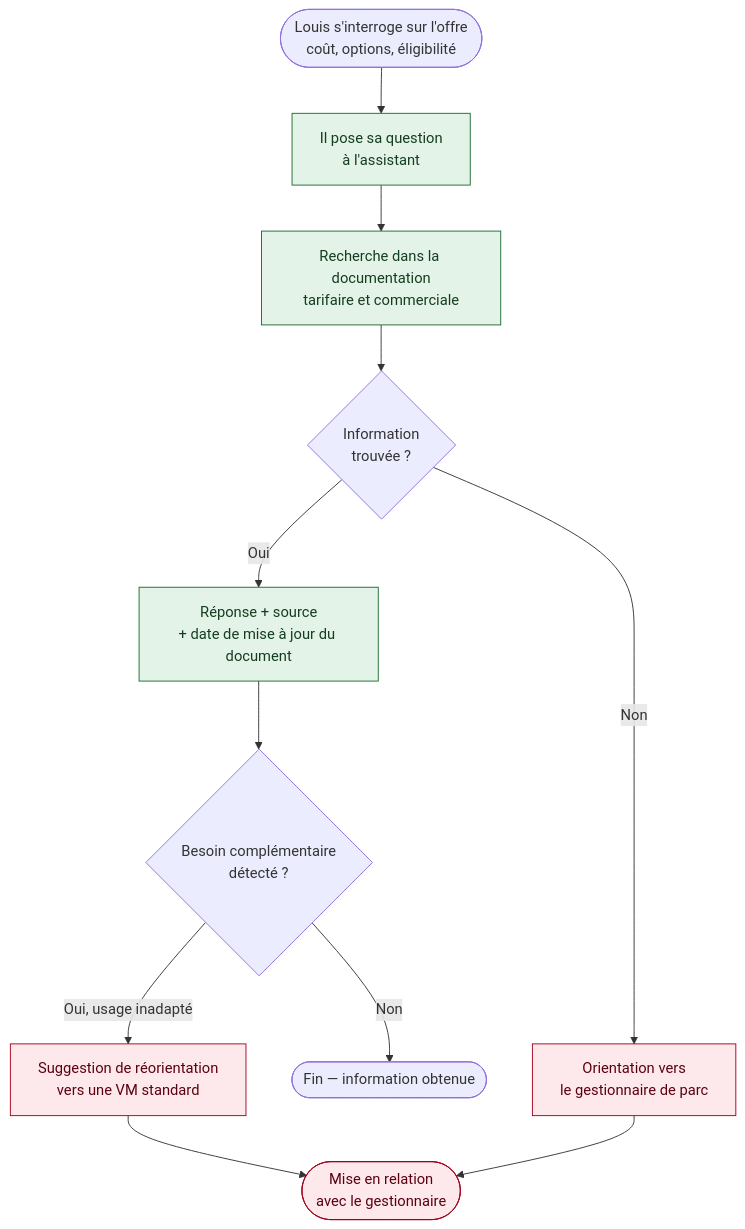
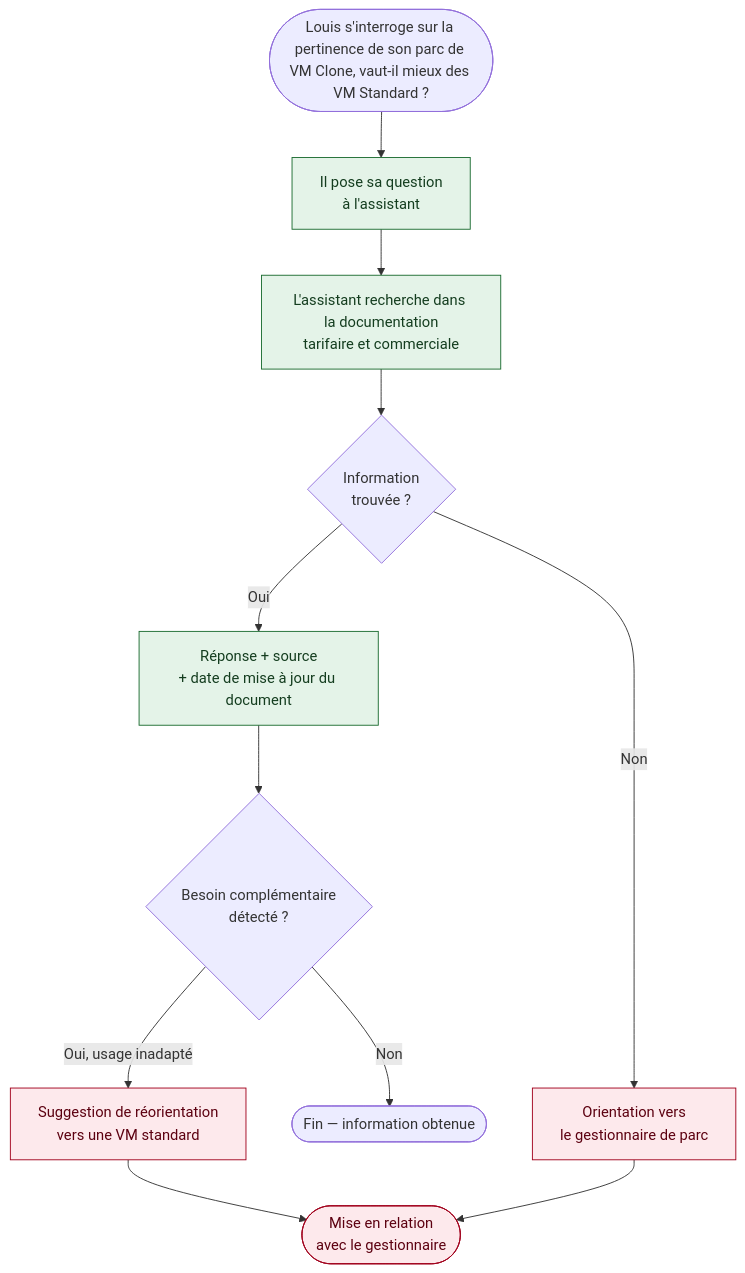
The diagram in 9-userflow-recherche-information.md (margotmc-web/Chatbot_PPV_BC07), drawn with Mermaid before and after one commit.

````diff
--- a/9-userflow-recherche-information.md
+++ b/9-userflow-recherche-information.md
@@ -5,20 +5,20 @@
 ```mermaid
 flowchart TD
-    A([Louis s'interroge sur l'offre<br/>coût, options, éligibilité]) --> B["Il pose sa question<br/>à l'assistant"]
-    B --> C["Recherche dans la documentation<br/>tarifaire et commerciale"]
+    A([Louis s'interroge sur la pertinence de son parc de VM Clone, vaut-il mieux des VM Standard ?]) --> B["Il pose sa question<br/>à l'assistant"]
+    B --> C["L'assistant recherche dans la documentation<br/>tarifaire et commerciale"]
     C --> D{"Information<br/>trouvée ?"}
 
     D -->|Oui| E["Réponse + source<br/>+ date de mise à jour du document"]
     D -->|Non| F["Orientation vers<br/>le gestionnaire de parc"]
 
     E --> G{"Besoin complémentaire<br/>détecté ?"}
     G -->|Non| H([Fin — information obtenue])
     G -->|"Oui, usage inadapté"| I["Suggestion de réorientation<br/>vers une VM standard"]
     I --> J([Mise en relation<br/>avec le gestionnaire])
     F --> J
 
     classDef ok fill:#e4f3e8,stroke:#1a6b2f,color:#143d1f;
     classDef todo fill:#fde9ec,stroke:#a1001c,color:#5c0010;
     class B,C,E ok
     class F,I,J todo
 ```
````
